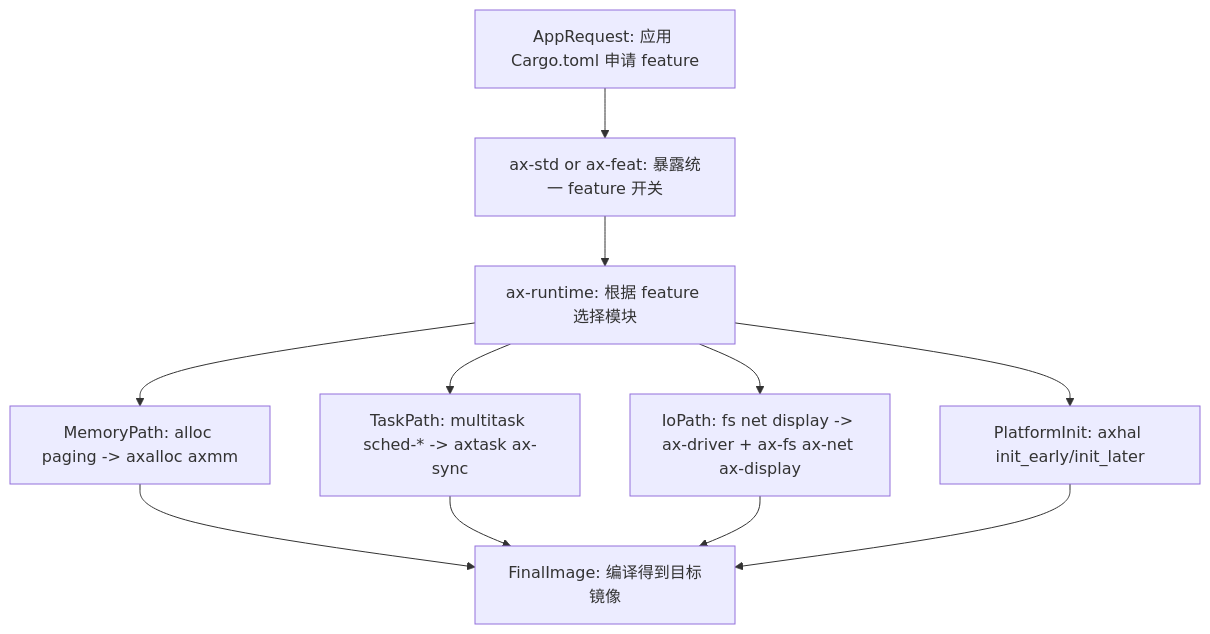
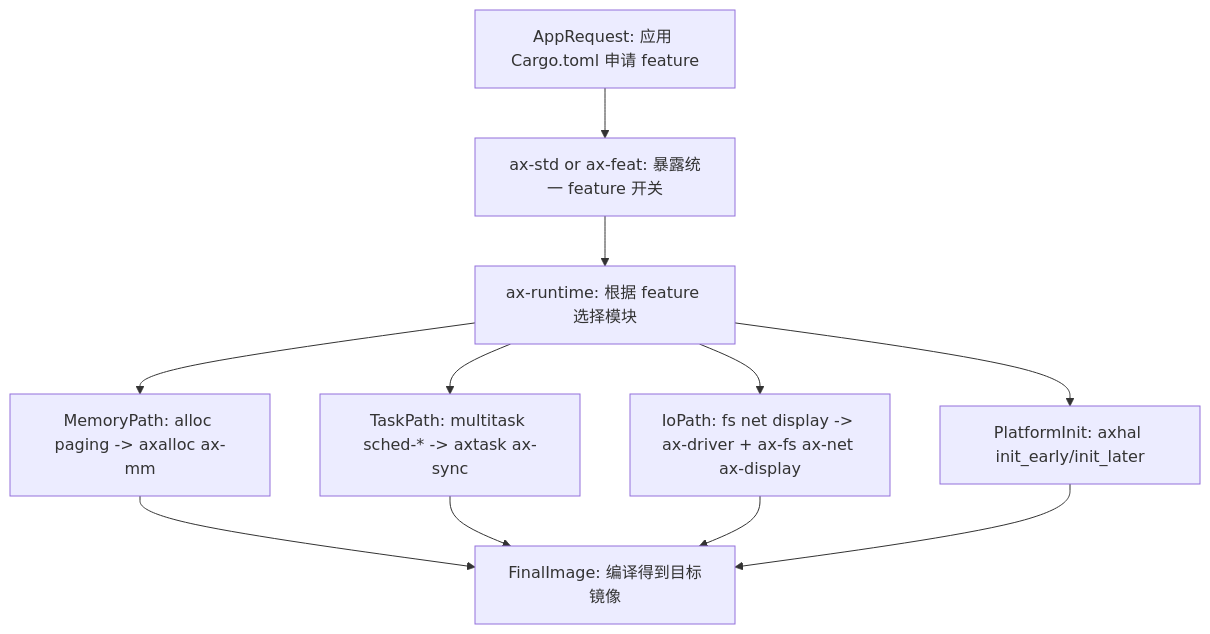
Before and after one commit to yfblock/tgoskits: the second of 5 diagrams in docs/arceos-internals.md, drawn with Mermaid. The commit also changed other lines of this file and 34 other files, not shown here.

````diff
--- a/docs/arceos-internals.md
+++ b/docs/arceos-internals.md
@@ -122,22 +122,22 @@
 ```mermaid
 flowchart TD
     appRequest["AppRequest: 应用 Cargo.toml 申请 feature"]
     axstdAxfeat["ax-std or ax-feat: 暴露统一 feature 开关"]
     runtimeGate["ax-runtime: 根据 feature 选择模块"]
-    memPath["MemoryPath: alloc paging -> axalloc axmm"]
+    memPath["MemoryPath: alloc paging -> axalloc ax-mm"]
     taskPath["TaskPath: multitask sched-* -> axtask ax-sync"]
     ioPath["IoPath: fs net display -> ax-driver + ax-fs ax-net ax-display"]
     platformInit["PlatformInit: axhal init_early/init_later"]
     finalImage["FinalImage: 编译得到目标镜像"]
 
     appRequest --> axstdAxfeat
     axstdAxfeat --> runtimeGate
     runtimeGate --> memPath
     runtimeGate --> taskPath
     runtimeGate --> ioPath
     runtimeGate --> platformInit
     memPath --> finalImage
     taskPath --> finalImage
     ioPath --> finalImage
     platformInit --> finalImage
 ```
````
